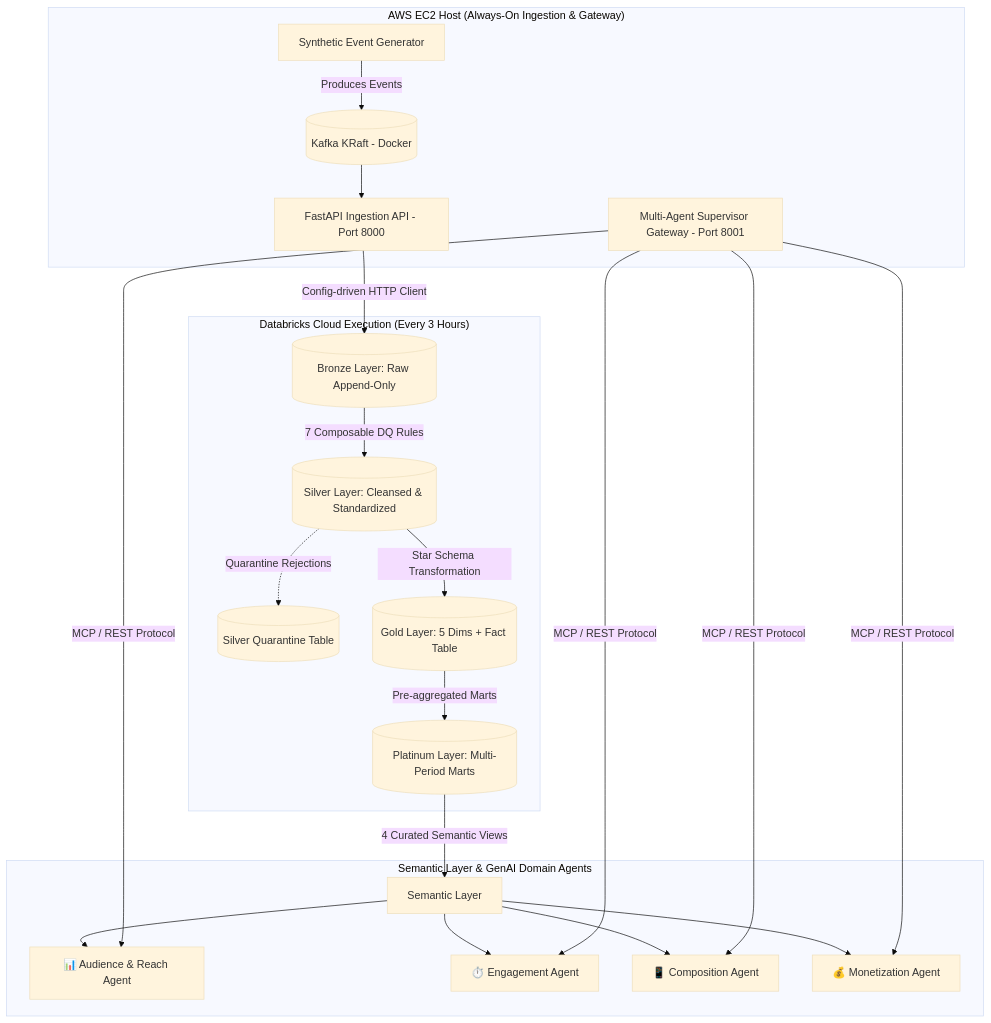
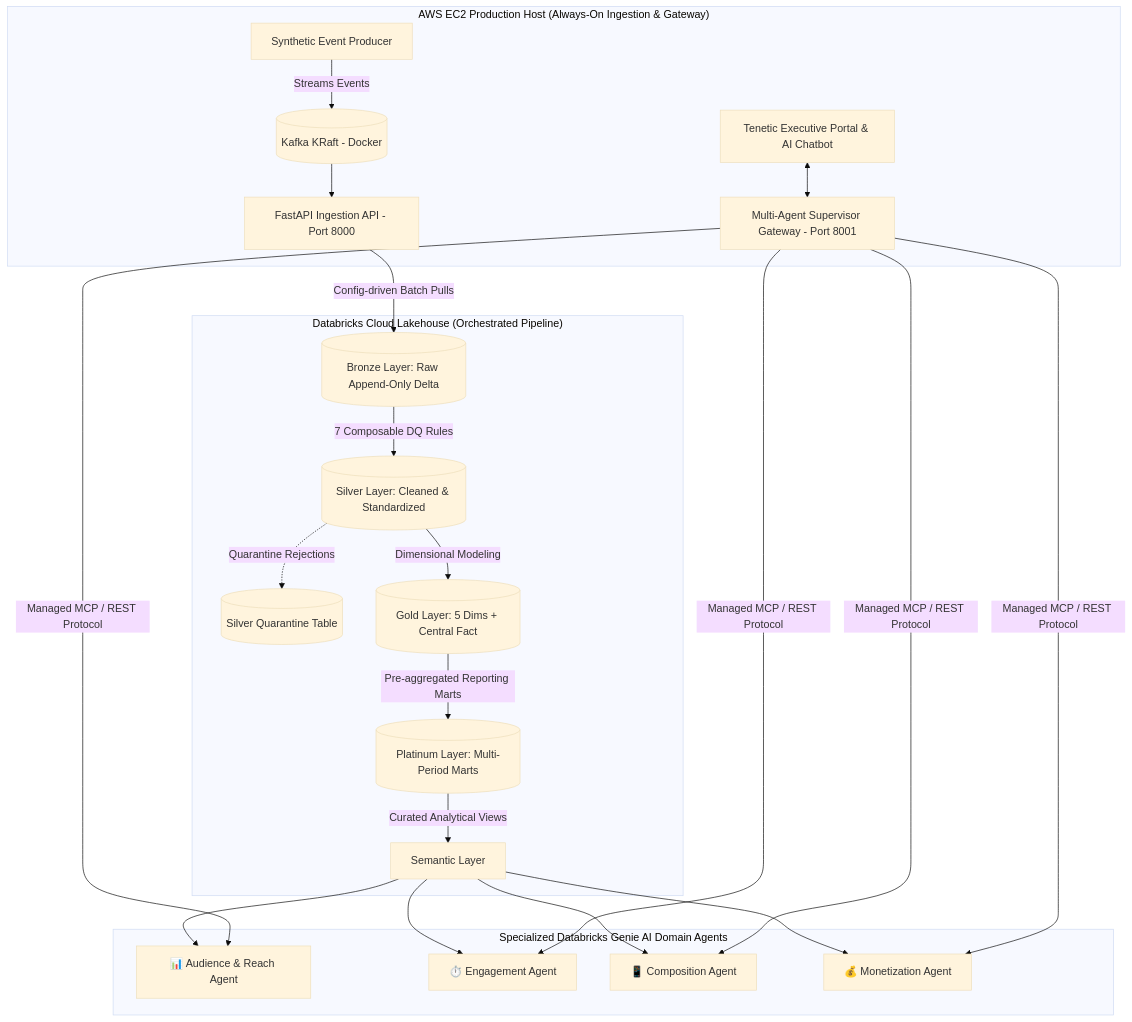
One commit to abhayamanpandey-max/Real-Time-Media-Analytics-Lakehouse changed the diagram in README.md. Above: the diagram before and after it, drawn with Mermaid (base theme). The commit also changed other lines of this file, not shown here.

Commit message:
docs(readme): Comprehensive update detailing Tenetic AI Lakehouse, PDF export suite, architecture, and live deployment

````diff
--- a/README.md
+++ b/README.md
@@ -31,29 +35,30 @@
 ```mermaid
 flowchart TD
-    subgraph "AWS EC2 Host (Always-On Ingestion & Gateway)"
-        G[Synthetic Event Generator] -->|Produces Events| K[(Kafka KRaft - Docker)]
+    subgraph "AWS EC2 Production Host (Always-On Ingestion & Gateway)"
+        G[Synthetic Event Producer] -->|Streams Events| K[(Kafka KRaft - Docker)]
         K --> M[FastAPI Ingestion API - Port 8000]
         Super[Multi-Agent Supervisor Gateway - Port 8001]
+        UI[Tenetic Executive Portal & AI Chatbot] <--> Super
     end
 
-    subgraph "Databricks Cloud Execution (Every 3 Hours)"
-        M -->|Config-driven HTTP Client| B[(Bronze Layer: Raw Append-Only)]
-        B -->|7 Composable DQ Rules| S[(Silver Layer: Cleansed & Standardized)]
+    subgraph "Databricks Cloud Lakehouse (Orchestrated Pipeline)"
+        M -->|Config-driven Batch Pulls| B[(Bronze Layer: Raw Append-Only Delta)]
+        B -->|7 Composable DQ Rules| S[(Silver Layer: Cleaned & Standardized)]
         S -.->|Quarantine Rejections| Q[(Silver Quarantine Table)]
-        S -->|Star Schema Transformation| G_L[(Gold Layer: 5 Dims + Fact Table)]
-        G_L -->|Pre-aggregated Marts| P[(Platinum Layer: Multi-Period Marts)]
+        S -->|Dimensional Modeling| G_L[(Gold Layer: 5 Dims + Central Fact)]
+        G_L -->|Pre-aggregated Reporting Marts| P[(Platinum Layer: Multi-Period Marts)]
+        P -->|Curated Analytical Views| Sem[Semantic Layer]
     end
 
-    subgraph "Semantic Layer & GenAI Domain Agents"
-        P -->|4 Curated Semantic Views| Sem[Semantic Layer]
+    subgraph "Specialized Databricks Genie AI Domain Agents"
         Sem --> Agent1[📊 Audience & Reach Agent]
         Sem --> Agent2[⏱️ Engagement Agent]
         Sem --> Agent3[📱 Composition Agent]
         Sem --> Agent4[💰 Monetization Agent]
     end
 
-    Super -->|MCP / REST Protocol| Agent1
-    Super -->|MCP / REST Protocol| Agent2
-    Super -->|MCP / REST Protocol| Agent3
-    Super -->|MCP / REST Protocol| Agent4
+    Super -->|Managed MCP / REST Protocol| Agent1
+    Super -->|Managed MCP / REST Protocol| Agent2
+    Super -->|Managed MCP / REST Protocol| Agent3
+    Super -->|Managed MCP / REST Protocol| Agent4
 ```
````
